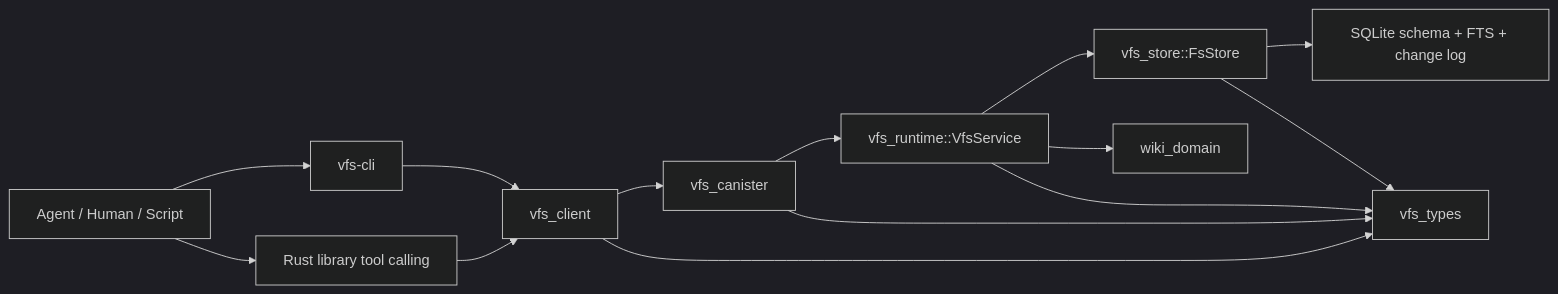
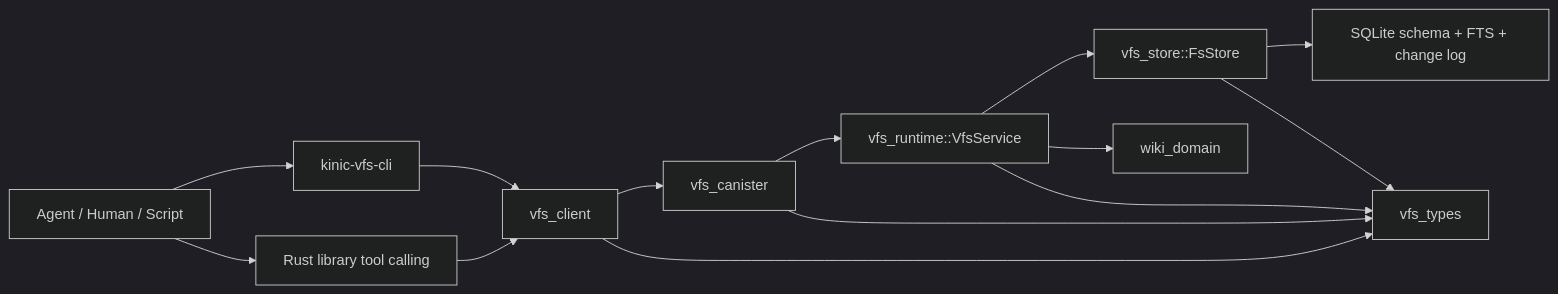
One commit to humandebri/kinic-wiki changed the first of 2 diagrams in docs/internal/LLM_WIKI_STRUCTURE.md. Above: the diagram before and after it, drawn with Mermaid (dark theme). The commit also changed other lines of this file and 104 other files, not shown here.

Commit message:
Adopt kinic-vfs-cli naming and update docs

````diff
--- a/docs/internal/LLM_WIKI_STRUCTURE.md
+++ b/docs/internal/LLM_WIKI_STRUCTURE.md
@@ -11,16 +11,16 @@
 ```mermaid
 flowchart LR
-    A["Agent / Human / Script"] --> B["vfs-cli"]
+    A["Agent / Human / Script"] --> B["kinic-vfs-cli"]
     A --> C["Rust library tool calling"]
     B --> D["vfs_client"]
     C --> D
     D --> E["vfs_canister"]
     E --> F["vfs_runtime::VfsService"]
     F --> G["vfs_store::FsStore"]
     G --> H["SQLite schema + FTS + change log"]
     F --> I["wiki_domain"]
     D --> J["vfs_types"]
     E --> J
     F --> J
     G --> J
 ```
````
